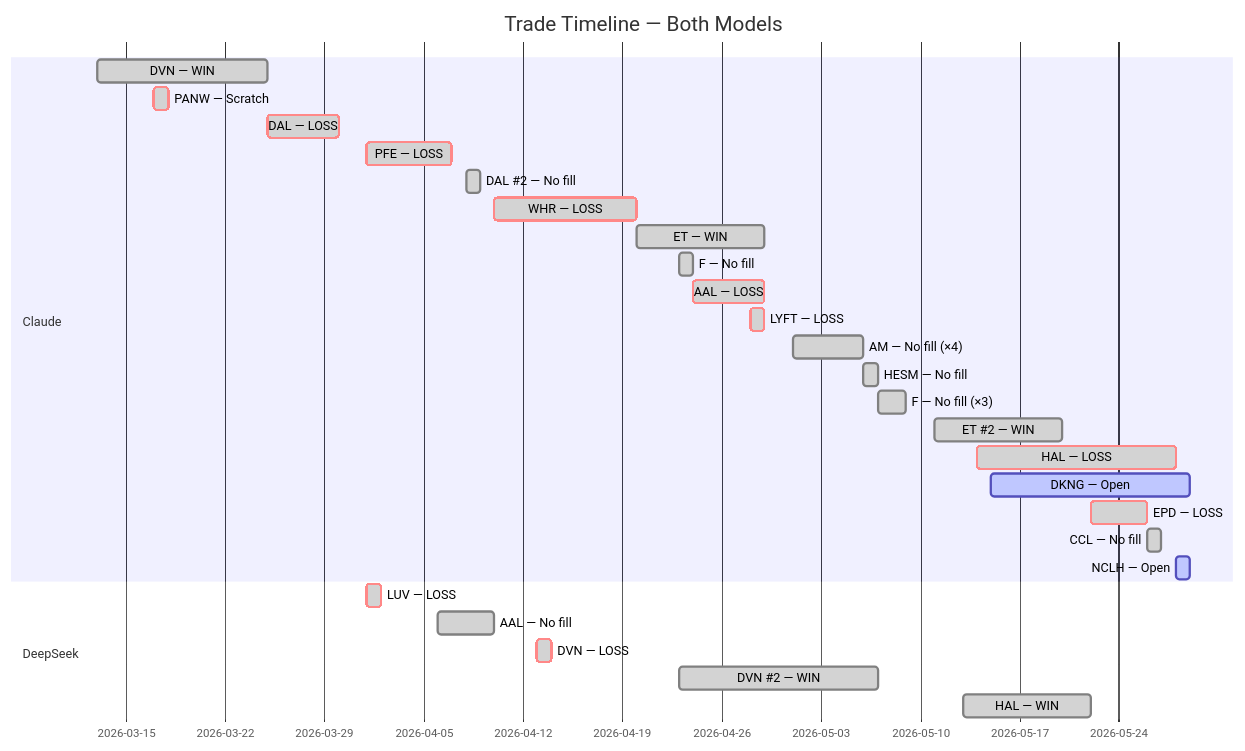
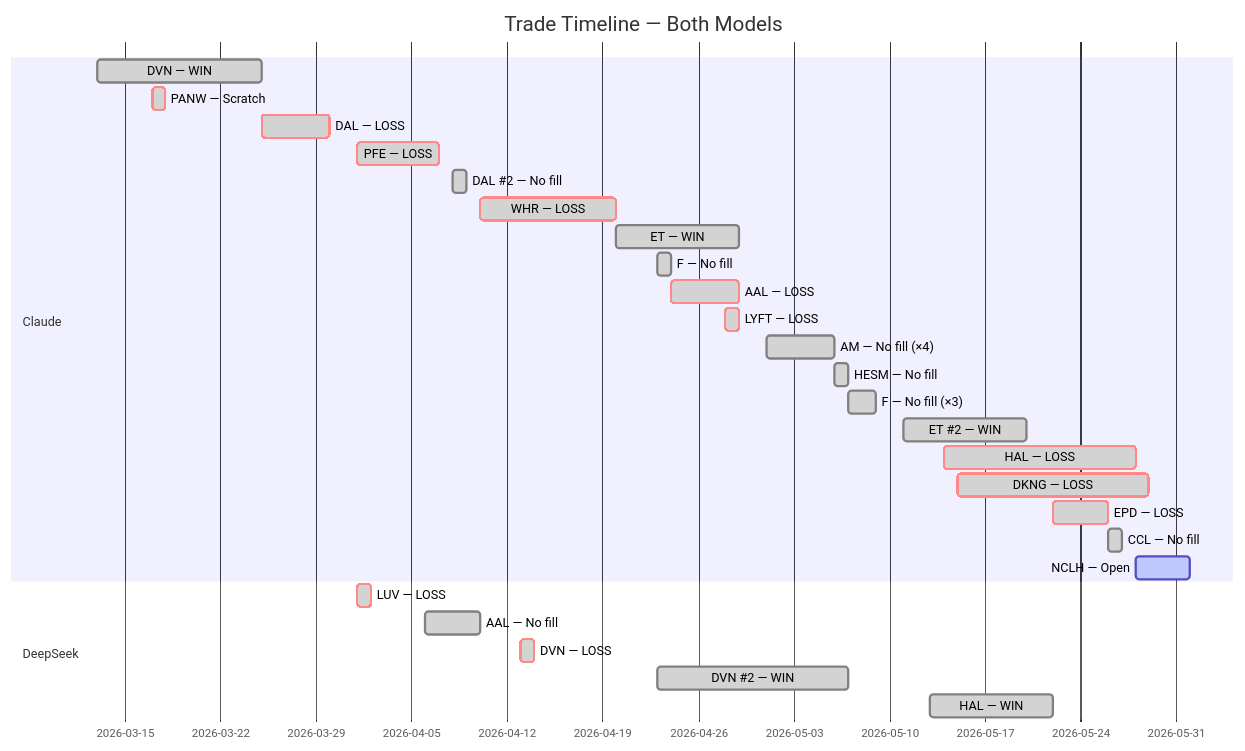
One commit to zachisit/ai-auto-buy-thesis changed the fifth of 5 diagrams in README.md. Above: the diagram before and after it, drawn with Mermaid. The commit also changed other lines of this file and 2 other files, not shown here.

First line of the commit message:
Update README for 6/1 session — DKNG stopped out, NCLH day 3

````diff
--- a/README.md
+++ b/README.md
@@ -63,31 +63,31 @@
 ```mermaid
 gantt
     title Trade Timeline — Both Models
     dateFormat YYYY-MM-DD
     section Claude
     DVN — WIN            :done,    2026-03-13, 2026-03-25
     PANW — Scratch       :crit, done, 2026-03-17, 2026-03-18
     DAL — LOSS           :crit, done, 2026-03-25, 2026-03-30
     PFE — LOSS           :crit, done, 2026-04-01, 2026-04-07
     DAL #2 — No fill     :done,    2026-04-08, 2026-04-09
     WHR — LOSS           :crit, done, 2026-04-10, 2026-04-20
     ET — WIN             :done,    2026-04-20, 2026-04-29
     F — No fill          :done,    2026-04-23, 2026-04-24
     AAL — LOSS           :crit, done, 2026-04-24, 2026-04-29
     LYFT — LOSS          :crit, done, 2026-04-28, 2026-04-29
     AM — No fill (×4)    :done,    2026-05-01, 2026-05-06
     HESM — No fill       :done,    2026-05-06, 2026-05-07
     F — No fill (×3)     :done,    2026-05-07, 2026-05-09
     ET #2 — WIN          :done,    2026-05-11, 2026-05-20
     HAL — LOSS           :crit, done, 2026-05-14, 2026-05-28
-    DKNG — Open          :active,  2026-05-15, 2026-05-29
+    DKNG — LOSS          :crit, done, 2026-05-15, 2026-05-29
     EPD — LOSS           :crit, done, 2026-05-22, 2026-05-26
     CCL — No fill        :done,    2026-05-26, 2026-05-27
-    NCLH — Open          :active,  2026-05-28, 2026-05-29
+    NCLH — Open          :active,  2026-05-28, 2026-06-01
     section DeepSeek
     LUV — LOSS           :crit, done, 2026-04-01, 2026-04-02
     AAL — No fill        :done,    2026-04-06, 2026-04-10
     DVN — LOSS           :crit, done, 2026-04-13, 2026-04-14
     DVN #2 — WIN         :done,    2026-04-23, 2026-05-07
     HAL — WIN            :done,    2026-05-13, 2026-05-22
 ```
````
